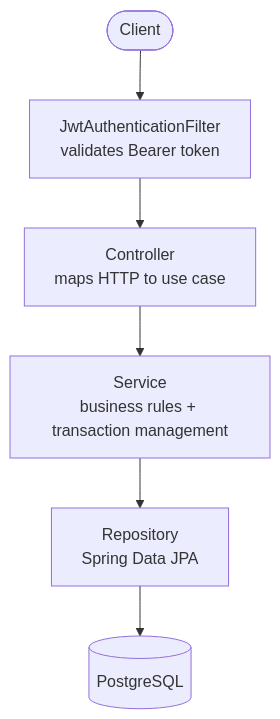
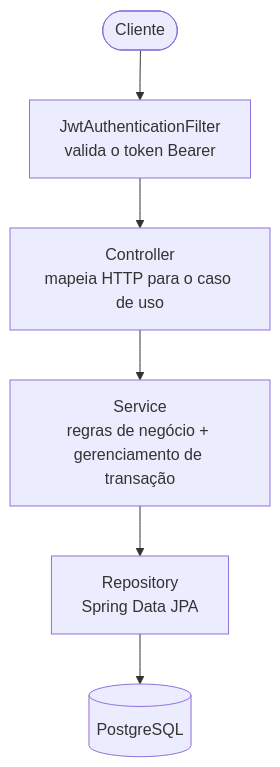
Before and after one commit to alexanderbs3/neighborshare: the second of 4 diagrams in README.md, drawn with Mermaid. The commit also changed other lines of this file, not shown here.

````diff
--- a/README.md
+++ b/README.md
@@ -83,8 +83,8 @@
 ```mermaid
 flowchart TD
-    Client(["Client"]) --> Filter["JwtAuthenticationFilter<br/>validates Bearer token"]
-    Filter --> Controller["Controller<br/>maps HTTP to use case"]
-    Controller --> Service["Service<br/>business rules + transaction management"]
+    Client(["Cliente"]) --> Filter["JwtAuthenticationFilter<br/>valida o token Bearer"]
+    Filter --> Controller["Controller<br/>mapeia HTTP para o caso de uso"]
+    Controller --> Service["Service<br/>regras de negócio + gerenciamento de transação"]
     Service --> Repository["Repository<br/>Spring Data JPA"]
     Repository --> DB[("PostgreSQL")]
 ```
````
